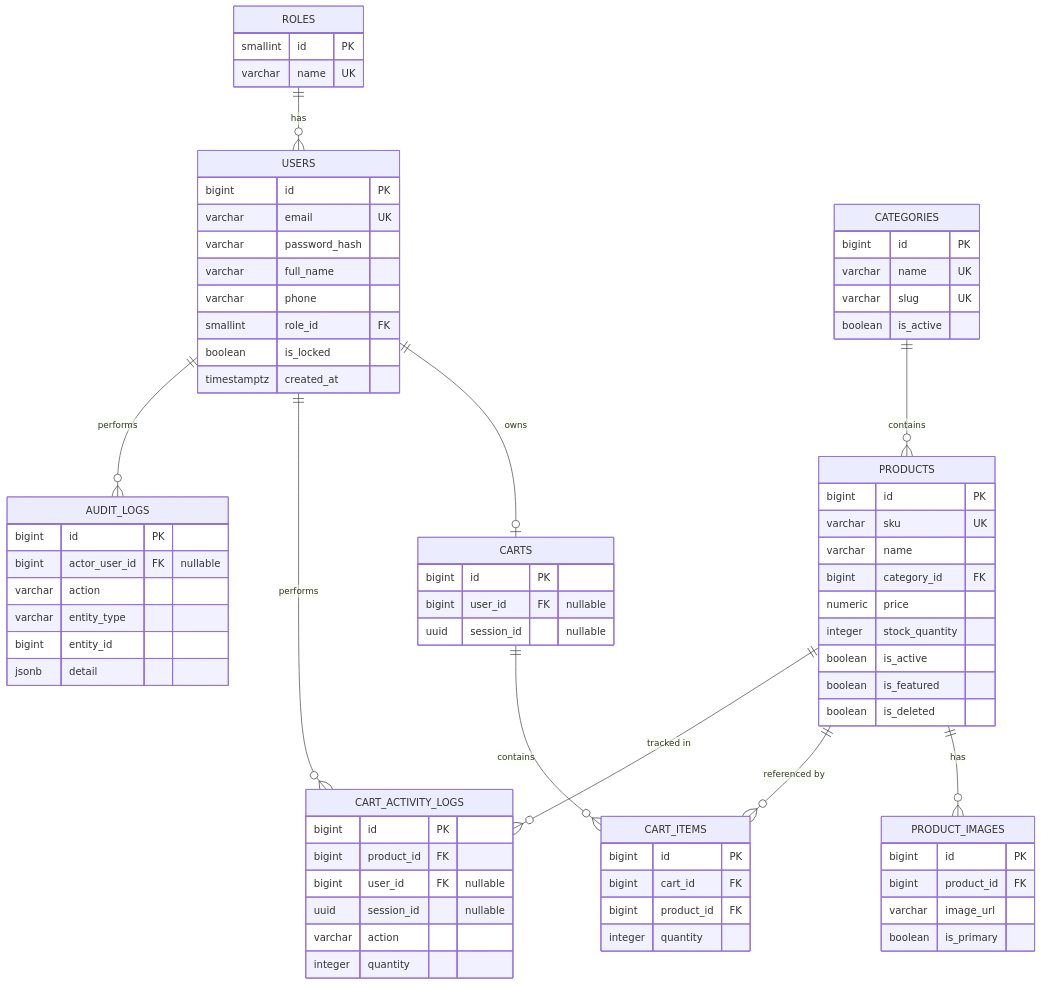
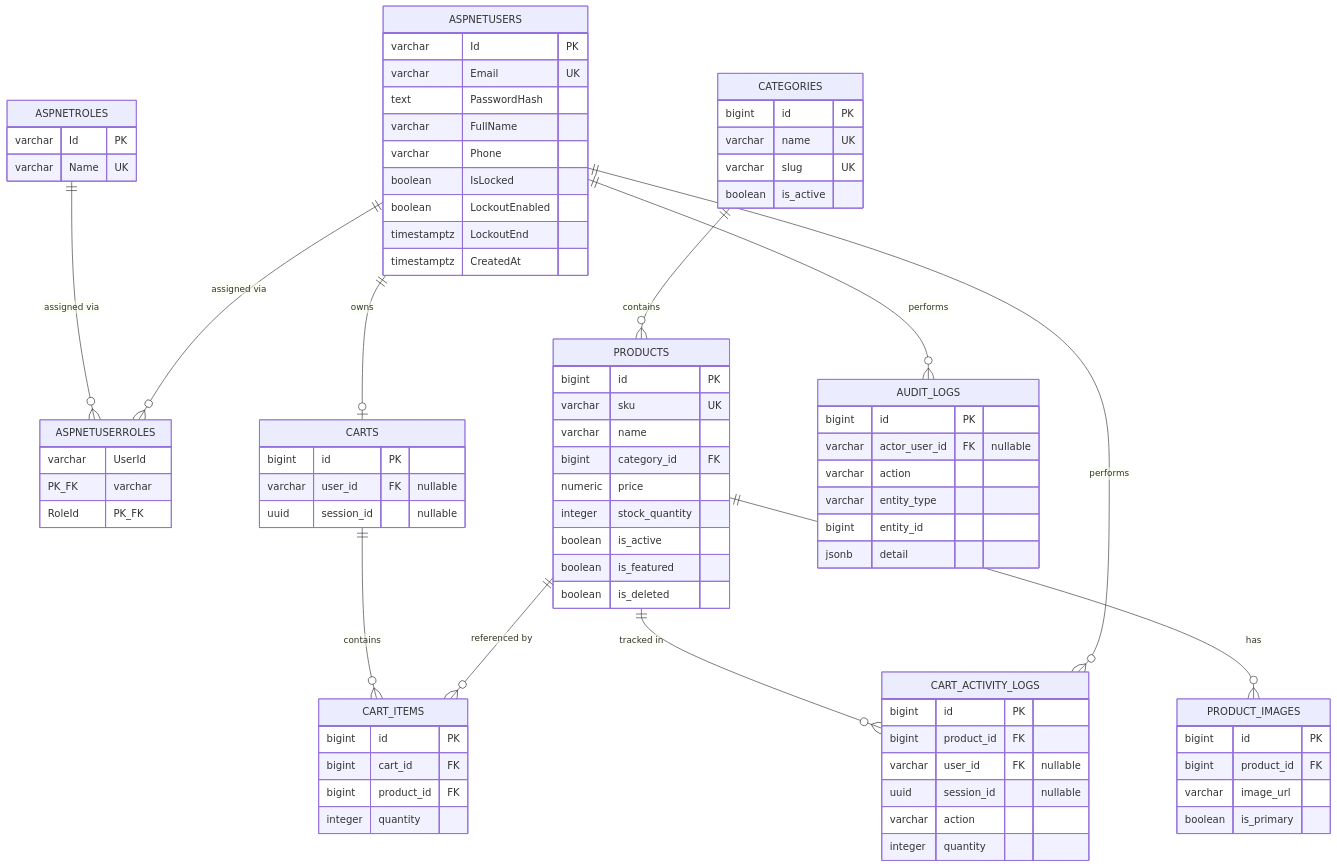
Before and after one commit to dangdinhphuong/IT38.BTL.005---N8---08---LT-Web-N-ng-Cao: the fourth of 6 diagrams in docs/SRS.md, drawn with Mermaid. The commit also changed other lines of this file and 100 other files, not shown here.

````diff
--- a/docs/SRS.md
+++ b/docs/SRS.md
@@ -745,28 +757,34 @@
 ```mermaid
 erDiagram
-    ROLES ||--o{ USERS : "has"
-    USERS ||--o| CARTS : "owns"
+    ASPNETROLES ||--o{ ASPNETUSERROLES : "assigned via"
+    ASPNETUSERS ||--o{ ASPNETUSERROLES : "assigned via"
+    ASPNETUSERS ||--o| CARTS : "owns"
     CATEGORIES ||--o{ PRODUCTS : "contains"
     PRODUCTS ||--o{ PRODUCT_IMAGES : "has"
     CARTS ||--o{ CART_ITEMS : "contains"
     PRODUCTS ||--o{ CART_ITEMS : "referenced by"
     PRODUCTS ||--o{ CART_ACTIVITY_LOGS : "tracked in"
-    USERS ||--o{ CART_ACTIVITY_LOGS : "performs"
-    USERS ||--o{ AUDIT_LOGS : "performs"
+    ASPNETUSERS ||--o{ CART_ACTIVITY_LOGS : "performs"
+    ASPNETUSERS ||--o{ AUDIT_LOGS : "performs"
 
-    ROLES {
-        smallint id PK
-        varchar name UK
+    ASPNETROLES {
+        varchar Id PK
+        varchar Name UK
     }
-    USERS {
-        bigint id PK
-        varchar email UK
-        varchar password_hash
-        varchar full_name
-        varchar phone
-        smallint role_id FK
-        boolean is_locked
-        timestamptz created_at
+    ASPNETUSERS {
+        varchar Id PK
+        varchar Email UK
+        text PasswordHash
+        varchar FullName
+        varchar Phone
+        boolean IsLocked
+        boolean LockoutEnabled
+        timestamptz LockoutEnd
+        timestamptz CreatedAt
+    }
+    ASPNETUSERROLES {
+        varchar UserId PK_FK
+        varchar RoleId PK_FK
     }
     CATEGORIES {
         bigint id PK
@@ -793,7 +811,7 @@
     }
     CARTS {
         bigint id PK
-        bigint user_id FK "nullable"
+        varchar user_id FK "nullable"
         uuid session_id "nullable"
     }
     CART_ITEMS {
@@ -805,14 +823,14 @@
     CART_ACTIVITY_LOGS {
         bigint id PK
         bigint product_id FK
-        bigint user_id FK "nullable"
+        varchar user_id FK "nullable"
         uuid session_id "nullable"
         varchar action
         integer quantity
     }
     AUDIT_LOGS {
         bigint id PK
-        bigint actor_user_id FK "nullable"
+        varchar actor_user_id FK "nullable"
         varchar action
         varchar entity_type
         bigint entity_id
````
